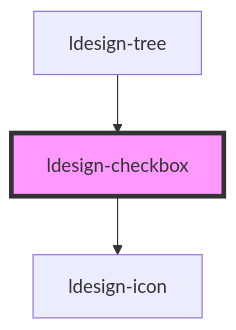
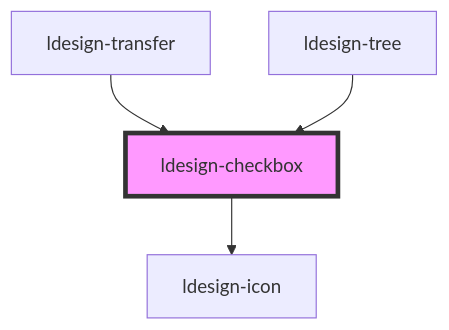
The diagram in packages/webcomponent/src/components/checkbox/readme.md (poly1603/ldesign), drawn with Mermaid before and after one commit. The commit also changed other lines of this file and 75 other files, not shown here.

````diff
--- a/packages/webcomponent/src/components/checkbox/readme.md
+++ b/packages/webcomponent/src/components/checkbox/readme.md
@@ -49,6 +50,7 @@
 ```mermaid
 graph TD;
   ldesign-checkbox --> ldesign-icon
+  ldesign-transfer --> ldesign-checkbox
   ldesign-tree --> ldesign-checkbox
   style ldesign-checkbox fill:#f9f,stroke:#333,stroke-width:4px
 ```
````
